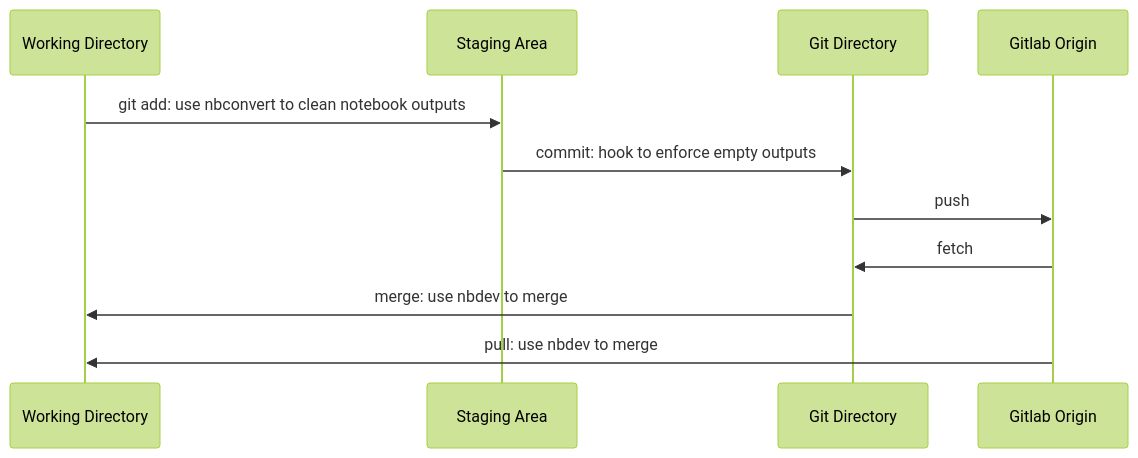
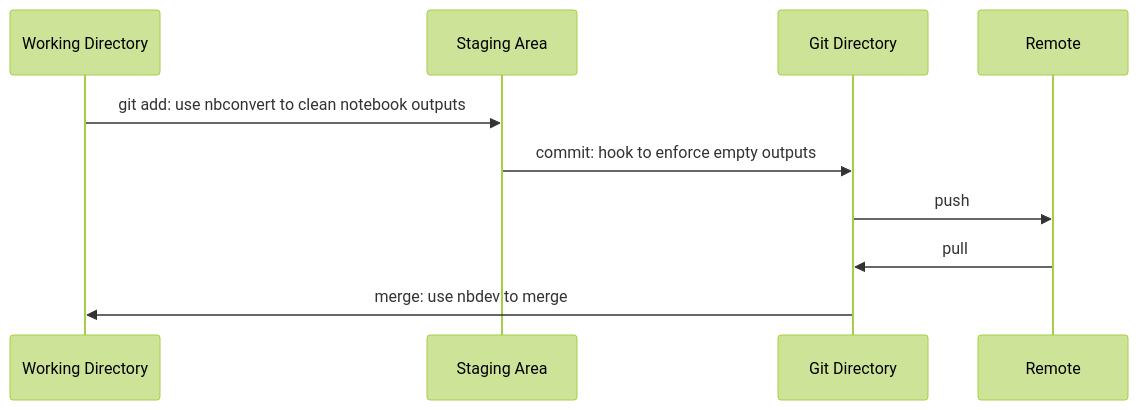
Before and after one commit to saemeon/ipynb_output_strip_pre_commit: the diagram in README.md, drawn with Mermaid (forest theme). The commit also changed other lines of this file, not shown here.

````diff
--- a/README.md
+++ b/README.md
@@ -44,9 +53,8 @@
 ```mermaid
   sequenceDiagram
   Working Directory->>Staging Area: git add: use nbconvert to clean notebook outputs
   Staging Area->>Git Directory: commit: hook to enforce empty outputs
-  Git Directory->>Gitlab Origin: push
-  Gitlab Origin->>Git Directory: fetch
+  Git Directory->>Remote: push
+  Remote->>Git Directory: pull
   Git Directory->>Working Directory: merge: use nbdev to merge
-  Gitlab Origin->> Working Directory:pull: use nbdev to merge
 ```
````
